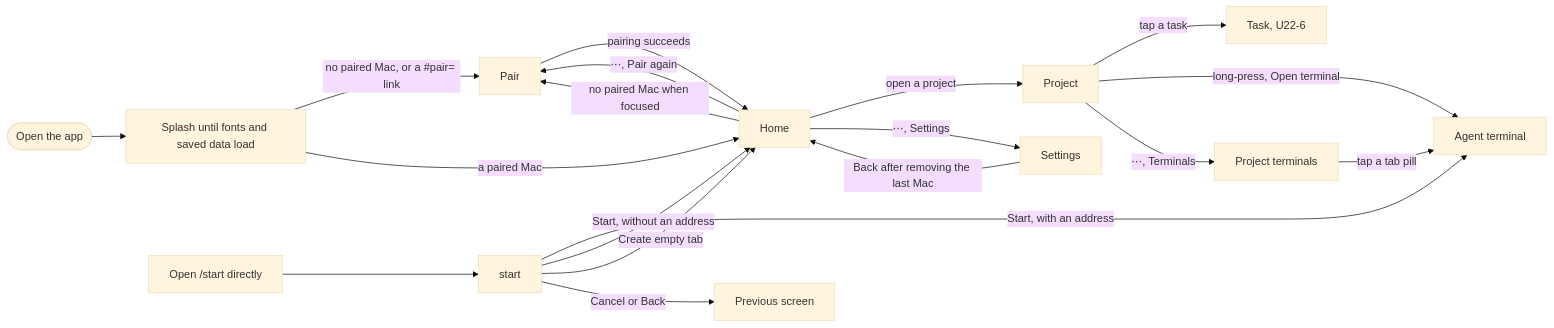
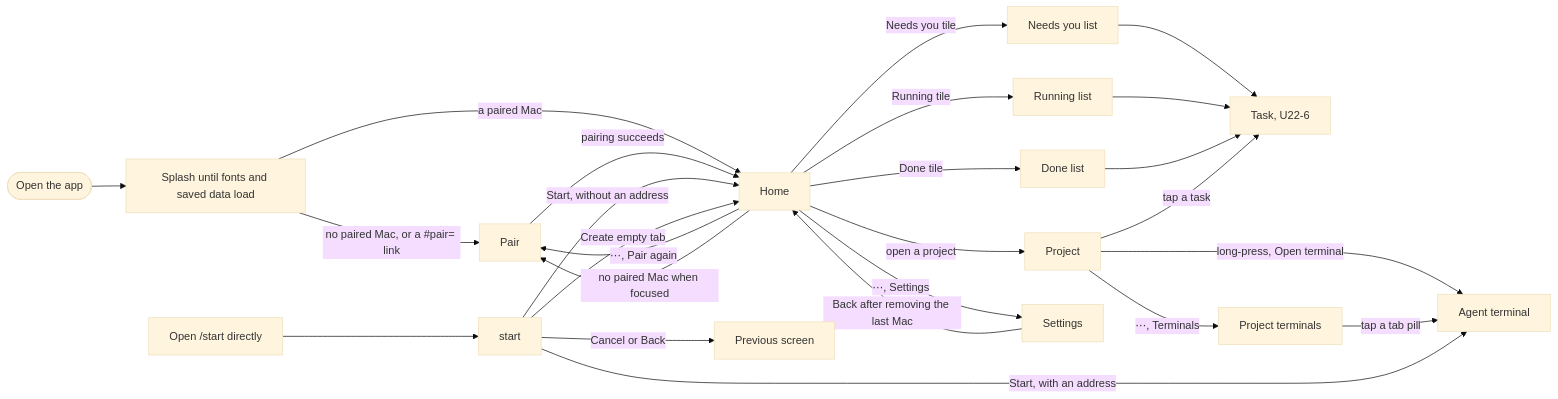
The diagram in docs/feature-map.md (0xroylee/herdr-mobile-app), drawn with Mermaid (base theme) before and after one commit. The commit also changed other lines of this file and 7 other files, not shown here.

First line of the commit message:
Add the Needs you, Running and Done lists (U22-7)

````diff
--- a/docs/feature-map.md
+++ b/docs/feature-map.md
@@ -22,21 +22,27 @@
 ```mermaid
 flowchart LR
   open([Open the app]) --> splash["Splash until fonts and saved data load"]
   splash -->|"no paired Mac, or a #pair= link"| pair[Pair]
   splash -->|"a paired Mac"| home[Home]
   pair -->|"pairing succeeds"| home
   home -->|"open a project"| project[Project]
+  home -->|"Needs you tile"| needsList[Needs you list]
+  home -->|"Running tile"| runningList[Running list]
+  home -->|"Done tile"| doneList[Done list]
+  needsList --> task
+  runningList --> task
+  doneList --> task
   home -->|"⋯, Settings"| settings[Settings]
   home -->|"⋯, Pair again"| pair
   project -->|"tap a task"| task[Task, U22-6]
   project -->|"long-press, Open terminal"| term[Agent terminal]
   project -->|"⋯, Terminals"| terminals[Project terminals]
   terminals -->|"tap a tab pill"| term
   direct["Open /start directly"] --> start
   start -->|"Start, with an address"| term
   start -->|"Start, without an address"| home
   start -->|"Create empty tab"| home
   start -->|"Cancel or Back"| previous[Previous screen]
   settings -->|"Back after removing the last Mac"| home
   home -->|"no paired Mac when focused"| pair
 ```
````
